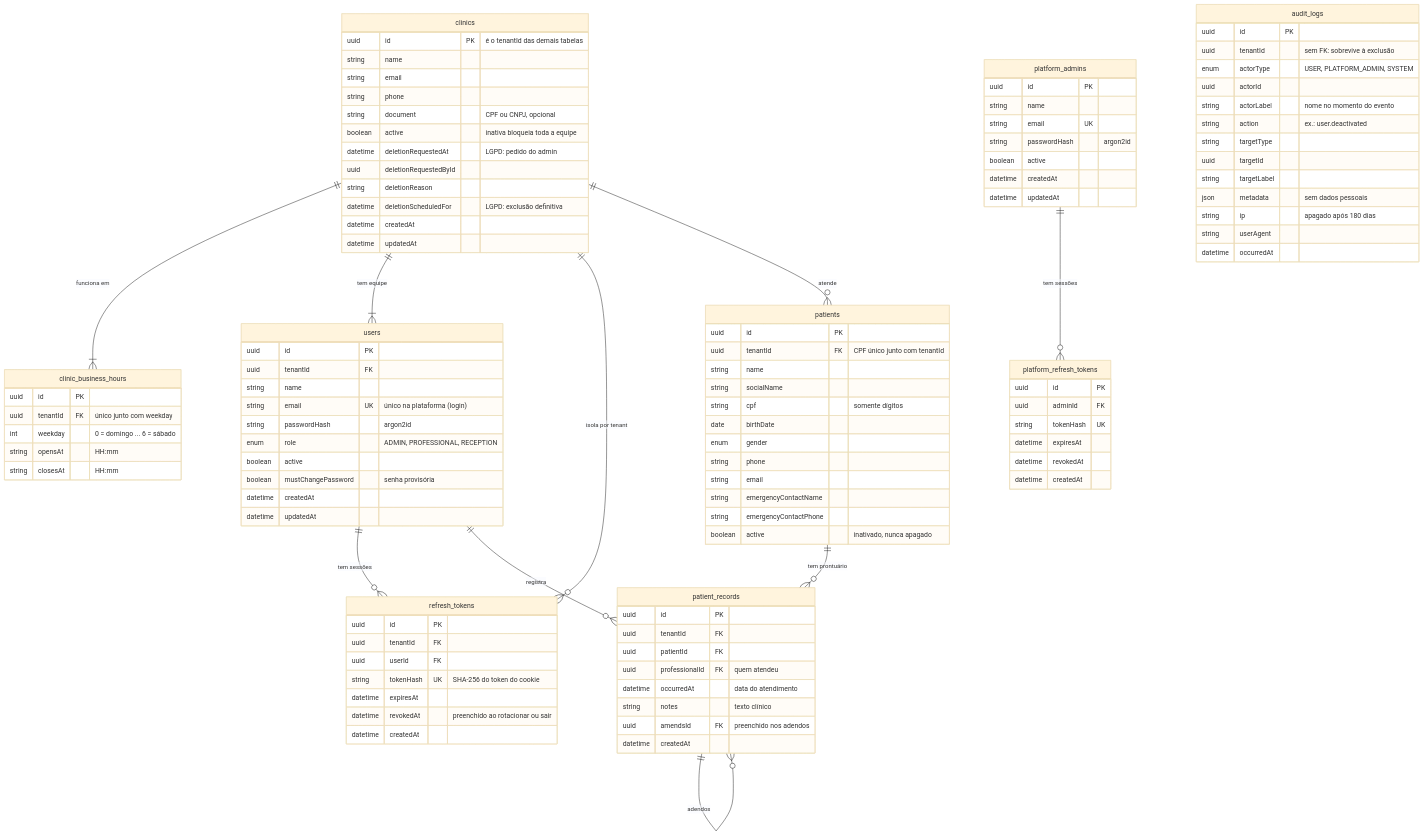
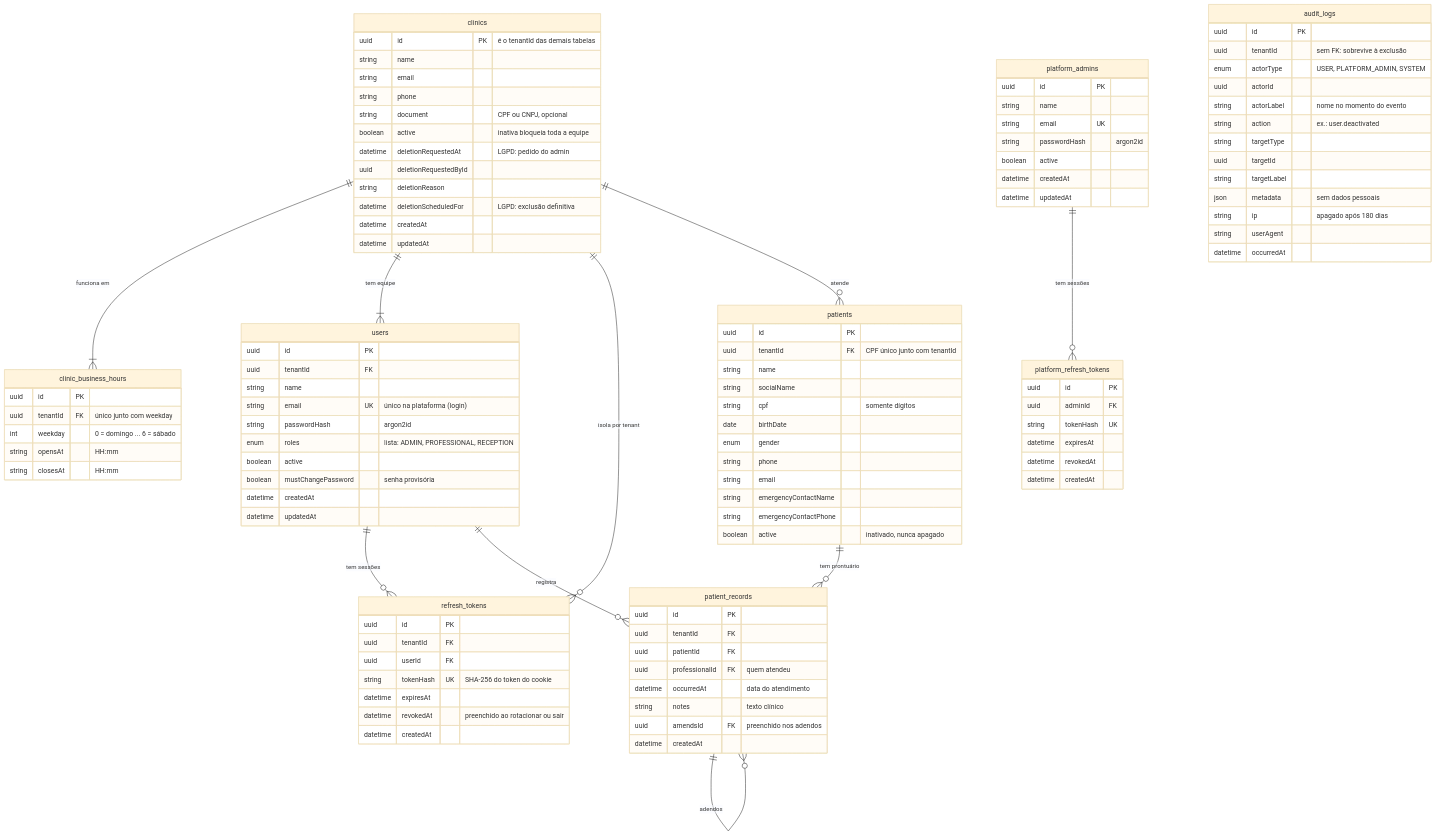
Before and after one commit to agatavitoria/saas-clinicas: the diagram in README.md, drawn with Mermaid (base theme). The commit also changed other lines of this file and 44 other files, not shown here.

```diff
--- a/README.md
+++ b/README.md
@@ -256,7 +262,7 @@
         string name
         string email UK "único na plataforma (login)"
         string passwordHash "argon2id"
-        enum role "ADMIN, PROFESSIONAL, RECEPTION"
+        enum roles "lista: ADMIN, PROFESSIONAL, RECEPTION"
         boolean active
         boolean mustChangePassword "senha provisória"
         datetime createdAt
```
